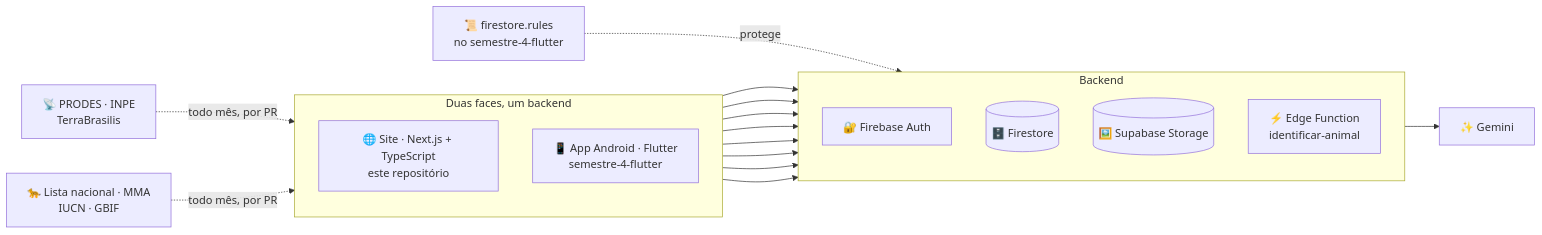
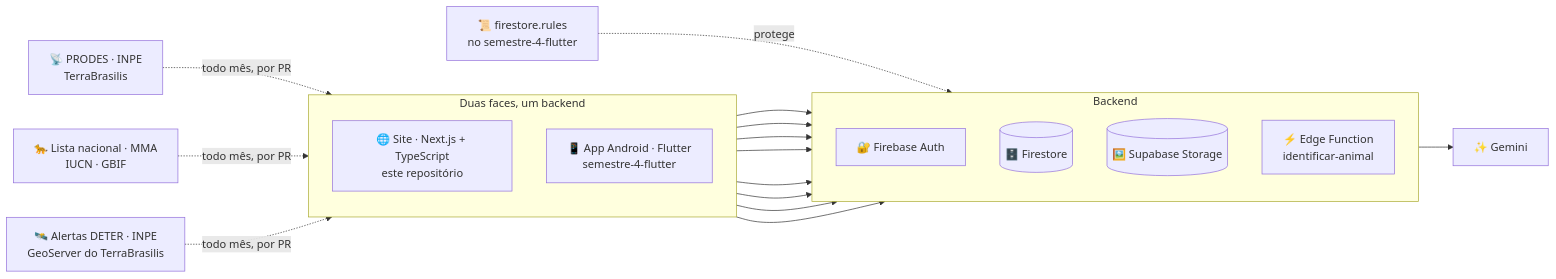
The diagram in README.md (ecomap-devs/semestre-4-nextjs), drawn with Mermaid before and after one commit. The commit also changed other lines of this file and 14 other files, not shown here.

First line of the commit message:
Trazer os alertas do DETER, criar o quiz e a seção de como denunciar

````diff
--- a/README.md
+++ b/README.md
@@ -36,21 +36,22 @@
 ```mermaid
 flowchart LR
     subgraph faces[Duas faces, um backend]
         direction TB
         web["🌐 Site · Next.js + TypeScript<br/>este repositório"]
         app["📱 App Android · Flutter<br/>semestre-4-flutter"]
     end
     subgraph backend[Backend]
         direction TB
         auth[🔐 Firebase Auth]
         fs[(🗄️ Firestore)]
         sb[(🖼️ Supabase Storage)]
         fn["⚡ Edge Function<br/>identificar-animal"]
     end
     web --> auth & fs & sb & fn
     app --> auth & fs & sb & fn
     fn --> gemini["✨ Gemini"]
     regras["📜 firestore.rules<br/>no semestre-4-flutter"] -. protege .-> fs
     inpe["📡 PRODES · INPE<br/>TerraBrasilis"] -. todo mês, por PR .-> web
     mma["🐆 Lista nacional · MMA<br/>IUCN · GBIF"] -. todo mês, por PR .-> web
+    deter["🛰️ Alertas DETER · INPE<br/>GeoServer do TerraBrasilis"] -. todo mês, por PR .-> web
 ```
````
